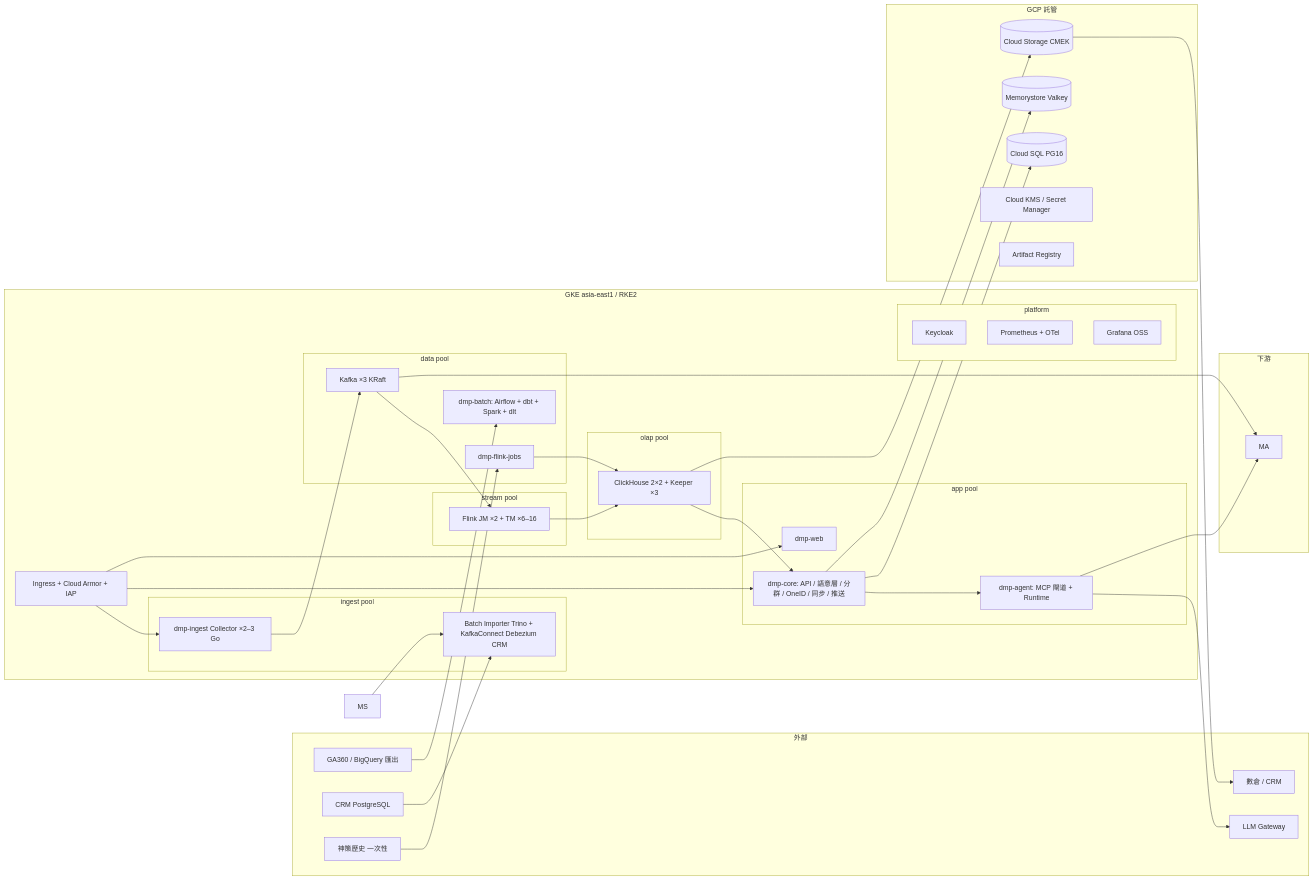
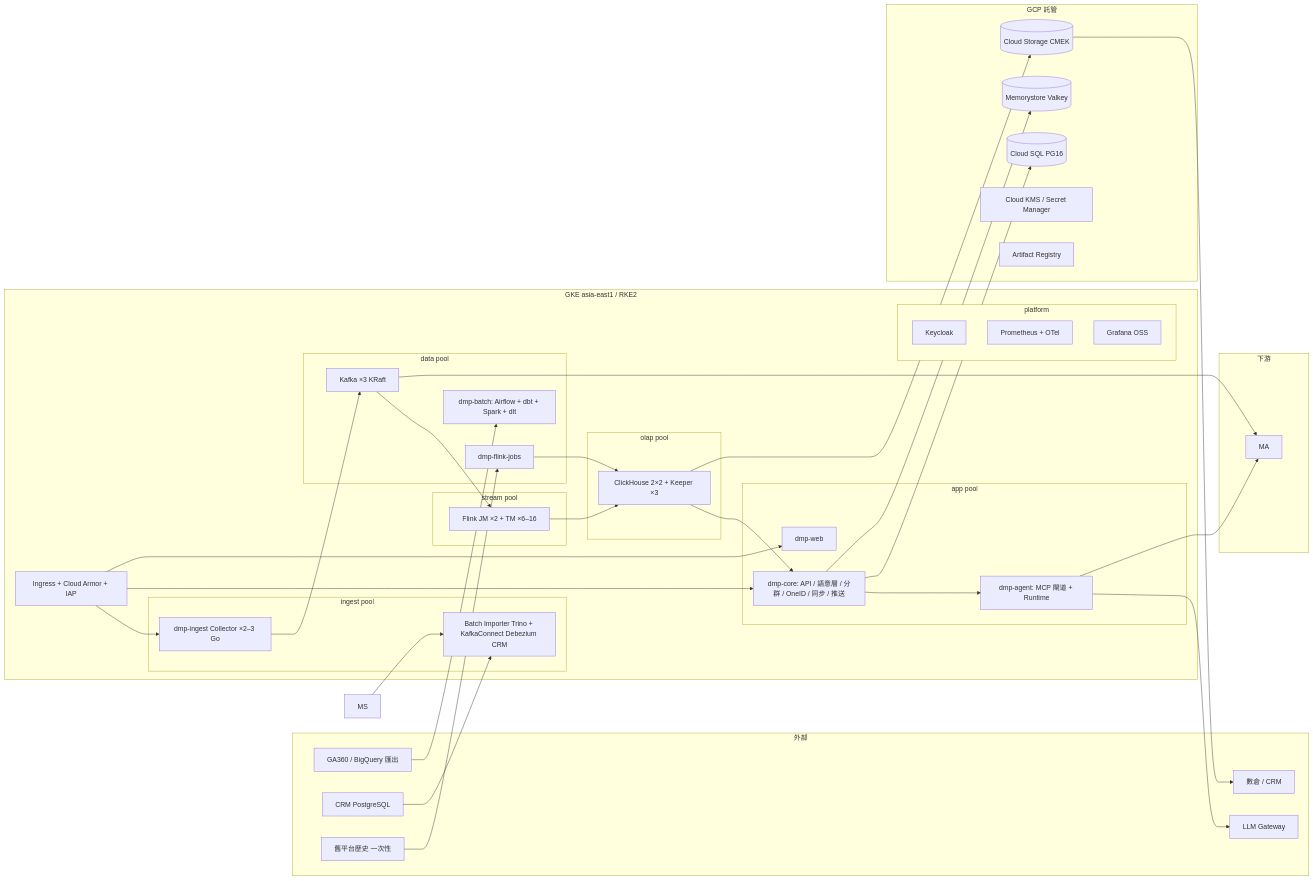
One commit to ALTA-TECH2025/altatech-dmp changed the second of 3 diagrams in docs/12-architecture-diagrams.md. Above: the diagram before and after it, drawn with Mermaid. The commit also changed other lines of this file and 40 other files, not shown here.

````diff
--- a/docs/12-architecture-diagrams.md
+++ b/docs/12-architecture-diagrams.md
@@ -67,37 +67,37 @@
 ```mermaid
 flowchart LR
   subgraph EXTS[外部]
-    BQ[GA360 / BigQuery 匯出] ; DW[數據中台 / CDP 交易事實表] ; CRM[CRM PostgreSQL] ; SA[神策歷史 一次性] ; LLMG[LLM Gateway]
+    BQ[GA360 / BigQuery 匯出] ; DW[數據中台 / CDP 交易事實表] ; CRM[CRM PostgreSQL] ; SA[舊平台歷史 一次性] ; LLMG[LLM Gateway]
   end
   subgraph GKE[GKE asia-east1 / RKE2]
     subgraph P1[ingest pool]
       C1[dmp-ingest Collector ×2–3 Go] ; C2[Batch Importer Trino + KafkaConnect Debezium CRM]
     end
     subgraph P2[stream pool]
       F1[Flink JM ×2 + TM ×6–16]
     end
     subgraph P3[data pool]
       K1[Kafka ×3 KRaft] ; A1[dmp-batch: Airflow + dbt + Spark + dlt] ; D1[dmp-flink-jobs]
     end
     subgraph P4[olap pool]
       CH1[ClickHouse 2×2 + Keeper ×3]
     end
     subgraph P5[app pool]
       API[dmp-core: API / 語意層 / 分群 / OneID / 同步 / 推送] ; MCP[dmp-agent: MCP 閘道 + Runtime] ; WEB[dmp-web]
     end
     subgraph P6[platform]
       KC[Keycloak] ; PR[Prometheus + OTel] ; GF[Grafana OSS]
     end
     ING[Ingress + Cloud Armor + IAP]
   end
   subgraph MG[GCP 託管]
     SQL[(Cloud SQL PG16)] ; MEM[(Memorystore Valkey)] ; GCS[(Cloud Storage CMEK)] ; KMS[Cloud KMS / Secret Manager] ; AR[Artifact Registry]
   end
   subgraph DOWN[下游]
     MA[MA] ; DW[數倉 / CRM]
   end
   BQ --> A1 ; MS --> C2 ; CRM --> C2 ; SA --> D1
   C1 --> K1 --> F1 --> CH1 ; D1 --> CH1 ; CH1 --> API --> MCP --> LLMG
   API --> SQL ; API --> MEM ; CH1 --> GCS ; K1 --> MA ; MCP --> MA ; GCS --> DW
   ING --> C1 ; ING --> API ; ING --> WEB
 ```
````
